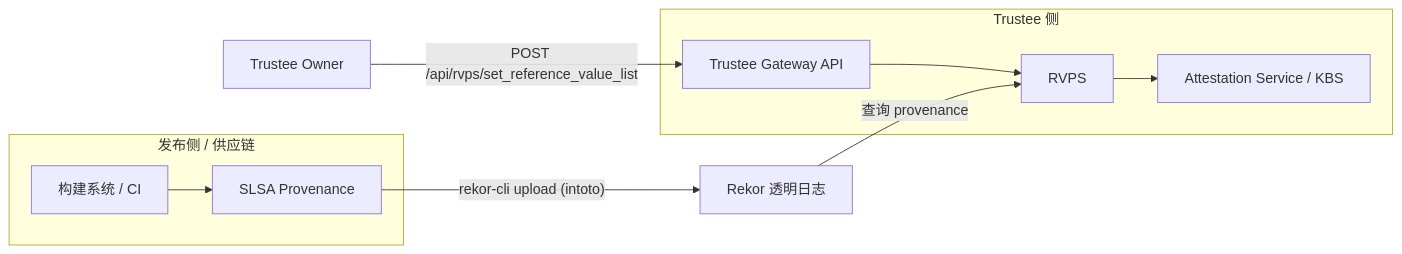
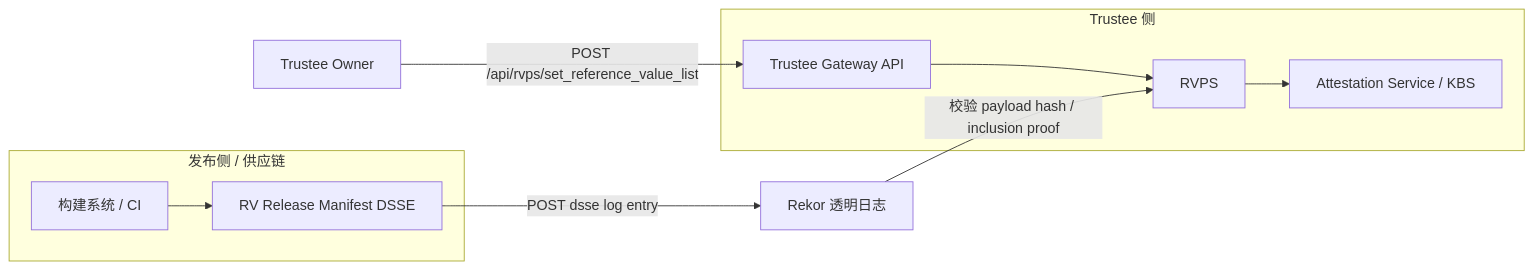
The first of 2 diagrams in docs/rekor.md (openanolis/trustee), drawn with Mermaid before and after one commit. The commit also changed other lines of this file and 9 other files, not shown here.

Commit message:
Add RV release manifest Rekor support

````diff
--- a/docs/rekor.md
+++ b/docs/rekor.md
@@ -17,22 +17,22 @@
 ```mermaid
 flowchart LR
     subgraph Producer["发布侧 / 供应链"]
         A["构建系统 / CI"]
-        B["SLSA Provenance"]
+        B["RV Release Manifest DSSE"]
         A --> B
     end
 
     R["Rekor 透明日志"]
-    B -->|"rekor-cli upload (intoto)"| R
+    B -->|"POST dsse log entry"| R
 
     subgraph Trustee["Trustee 侧"]
         D["Trustee Gateway API"]
         E["RVPS"]
         F["Attestation Service / KBS"]
         D --> E
         E --> F
     end
 
-    R -->|"查询 provenance"| E
+    R -->|"校验 payload hash / inclusion proof"| E
     CI["Trustee Owner"] -->|"POST /api/rvps/set_reference_value_list"| D
 ```
````
